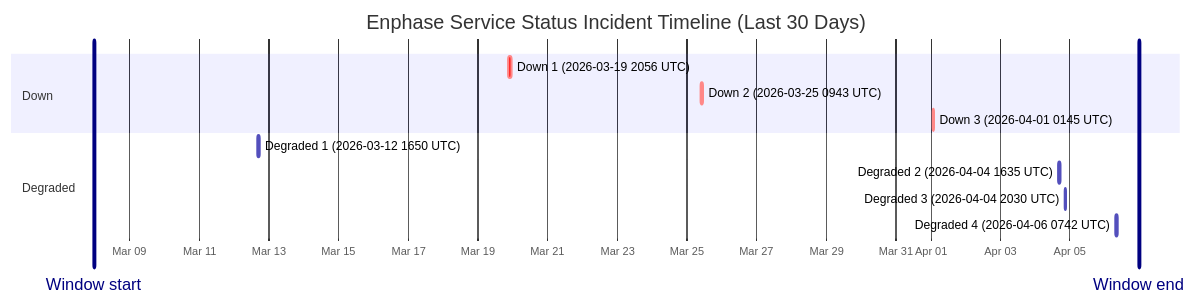
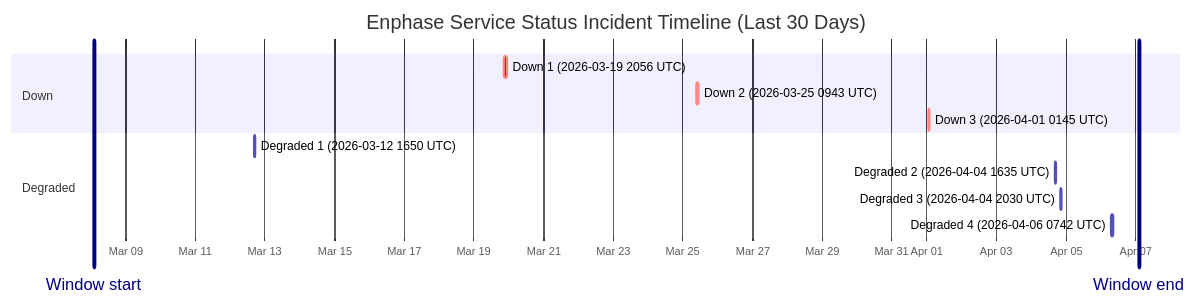
Before and after one commit to barneyonline/ha-enphase-ev-charger: the diagram in wiki/Service-Status-History.md, drawn with Mermaid. The commit also changed other lines of this file and 3 other files, not shown here.

````diff
--- a/wiki/Service-Status-History.md
+++ b/wiki/Service-Status-History.md
@@ -14,17 +14,17 @@
 ```mermaid
 gantt
     title Enphase Service Status Incident Timeline (Last 30 Days)
     dateFormat  YYYY-MM-DDTHH:mm:ss
     axisFormat  %b %d
-    Window start :vert, window-start, 2026-03-07T23:35:10, 0ms
-    Window end :vert, window-end, 2026-04-06T23:35:10, 0ms
+    Window start :vert, window-start, 2026-03-08T02:22:49, 0ms
+    Window end :vert, window-end, 2026-04-07T02:22:49, 0ms
     section Down
     Down 1 (2026-03-19 2056 UTC) :crit, down-1, 2026-03-19T20:56:20, 145m
     Down 2 (2026-03-25 0943 UTC) :crit, down-2, 2026-03-25T09:43:28, 111m
     Down 3 (2026-04-01 0145 UTC) :crit, down-3, 2026-04-01T01:45:09, 60m
     section Degraded
     Degraded 1 (2026-03-12 1650 UTC) :active, degraded-1, 2026-03-12T16:50:43, 60m
     Degraded 2 (2026-04-04 1635 UTC) :active, degraded-2, 2026-04-04T16:35:17, 60m
     Degraded 3 (2026-04-04 2030 UTC) :active, degraded-3, 2026-04-04T20:30:40, 60m
     Degraded 4 (2026-04-06 0742 UTC) :active, degraded-4, 2026-04-06T07:42:09, 85m
 ```
````
